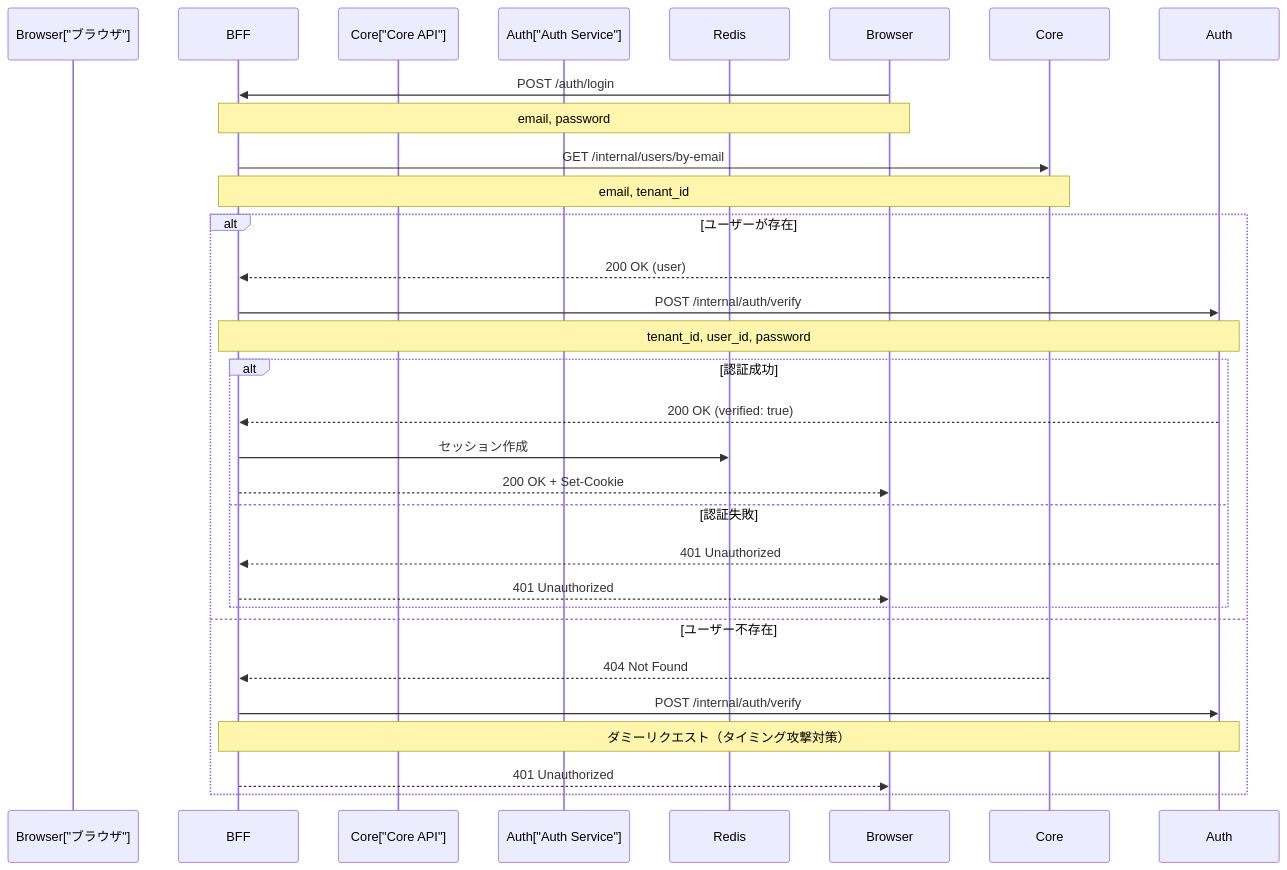
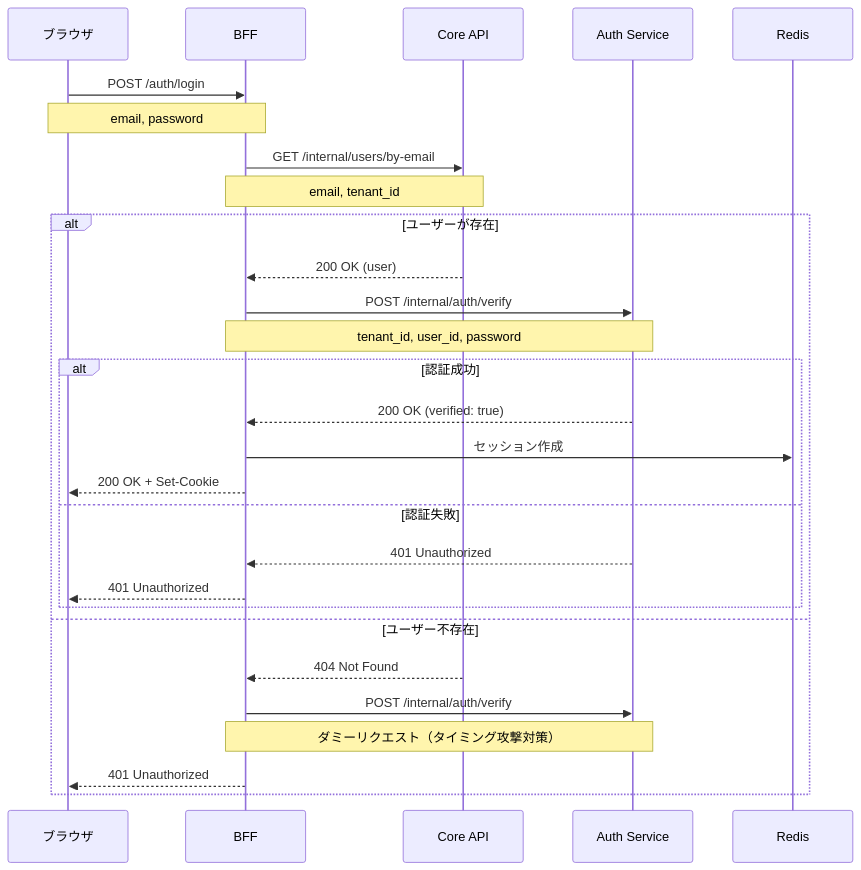
Before and after one commit to ka2kama/ringiflow: the diagram in docs/07_実装解説/03_AuthService/03_Phase3_BFF統合.md, drawn with Mermaid.

Commit message:
#80 fix: Mermaid シーケンス図の participant 重複を修正

````diff
--- a/docs/07_実装解説/03_AuthService/03_Phase3_BFF統合.md
+++ b/docs/07_実装解説/03_AuthService/03_Phase3_BFF統合.md
@@ -42,34 +42,34 @@
 ```mermaid
 sequenceDiagram
-    participant Browser["ブラウザ"]
+    participant Browser as ブラウザ
     participant BFF
-    participant Core["Core API"]
-    participant Auth["Auth Service"]
+    participant Core as Core API
+    participant Auth as Auth Service
     participant Redis
 
     Browser->>BFF: POST /auth/login
     Note over Browser,BFF: email, password
 
     BFF->>Core: GET /internal/users/by-email
     Note over BFF,Core: email, tenant_id
 
     alt ユーザーが存在
         Core-->>BFF: 200 OK (user)
         BFF->>Auth: POST /internal/auth/verify
         Note over BFF,Auth: tenant_id, user_id, password
 
         alt 認証成功
             Auth-->>BFF: 200 OK (verified: true)
             BFF->>Redis: セッション作成
             BFF-->>Browser: 200 OK + Set-Cookie
         else 認証失敗
             Auth-->>BFF: 401 Unauthorized
             BFF-->>Browser: 401 Unauthorized
         end
     else ユーザー不存在
         Core-->>BFF: 404 Not Found
         BFF->>Auth: POST /internal/auth/verify
         Note over BFF,Auth: ダミーリクエスト（タイミング攻撃対策）
         BFF-->>Browser: 401 Unauthorized
     end
 ```
````
